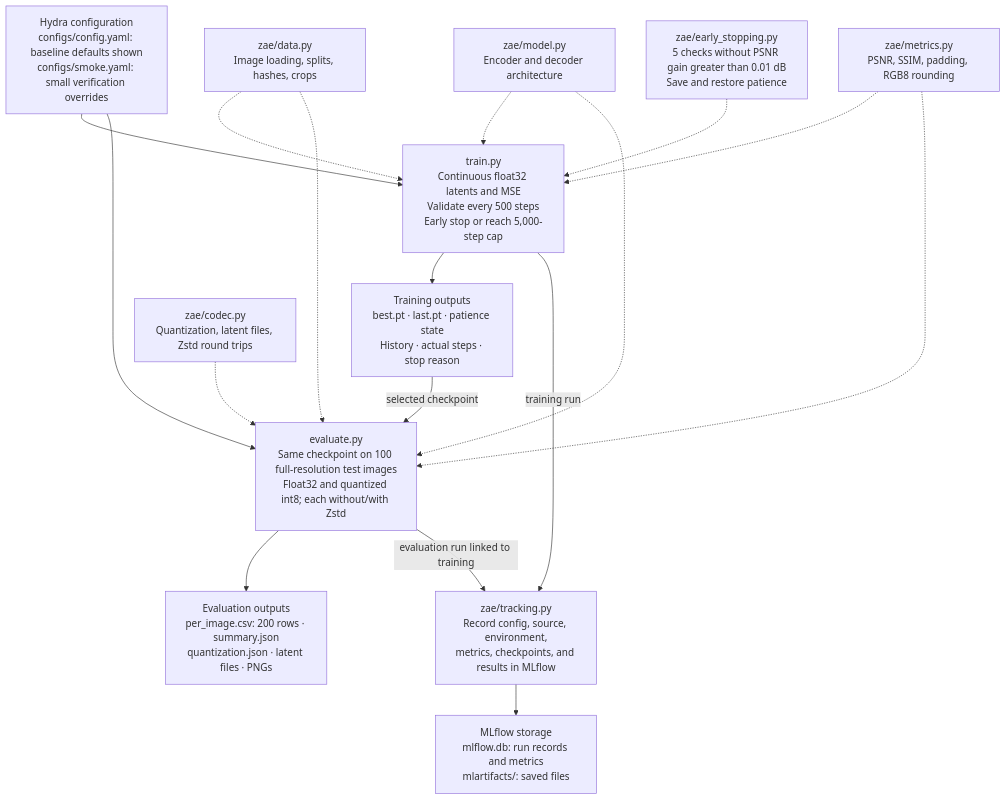
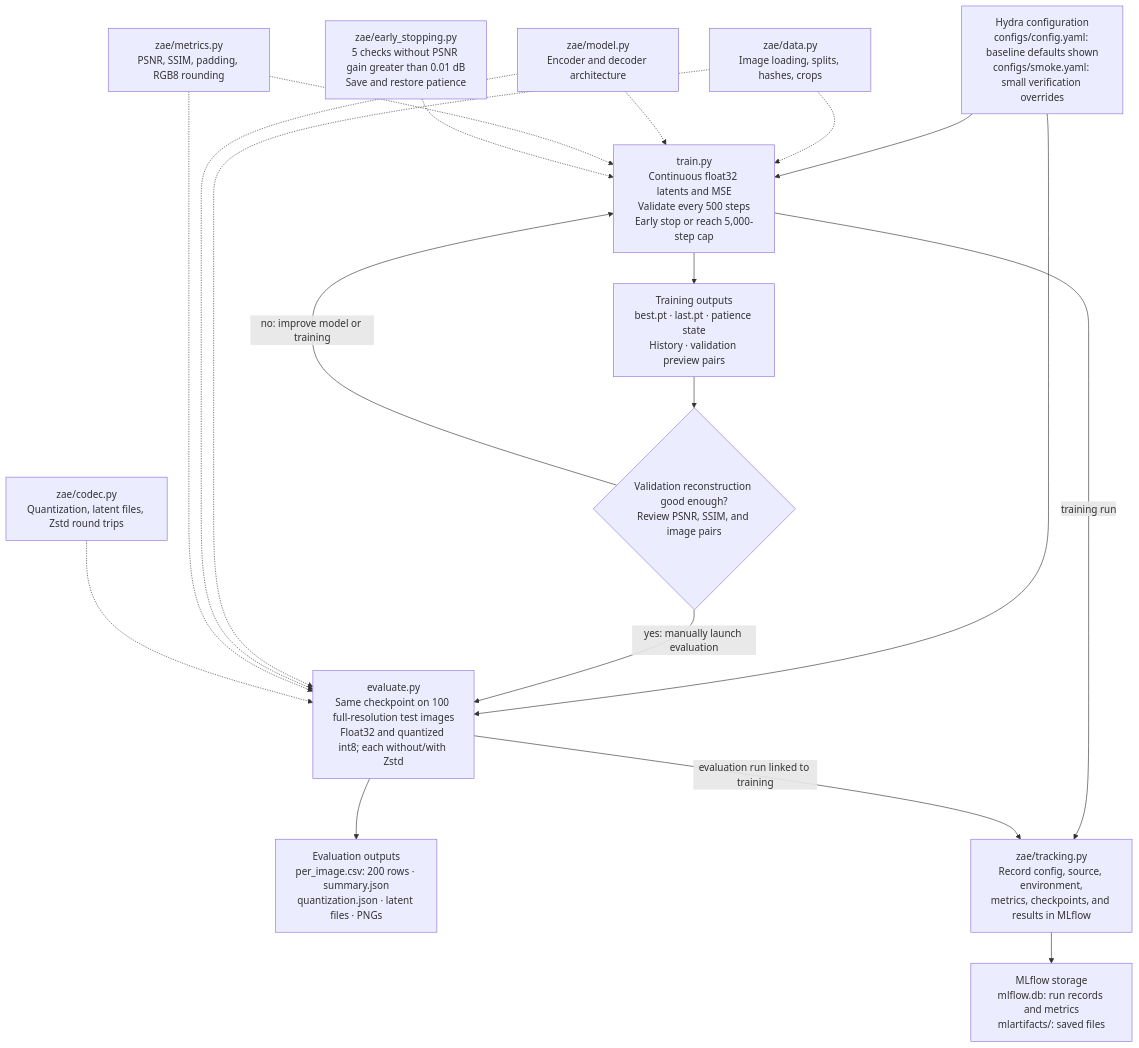
One commit to OussemaBenAmeur/Zstd-Optimized-Autoencoder changed the diagram in documentation/pipeline.mmd. Above: the diagram before and after it, drawn with Mermaid. The commit also changed 7 other files, not shown here.

```diff
--- a/documentation/pipeline.mmd
+++ b/documentation/pipeline.mmd
@@ -1,34 +1,37 @@
 flowchart TD
     CONFIG["Hydra configuration<br/>configs/config.yaml: baseline defaults shown<br/>configs/smoke.yaml: small verification overrides"]
     TRAIN["train.py<br/>Continuous float32 latents and MSE<br/>Validate every 500 steps<br/>Early stop or reach 5,000-step cap"]
-    CHECKPOINT["Training outputs<br/>best.pt · last.pt · patience state<br/>History · actual steps · stop reason"]
+    CHECKPOINT["Training outputs<br/>best.pt · last.pt · patience state<br/>History · validation preview pairs"]
+    REVIEW{"Validation reconstruction good enough?<br/>Review PSNR, SSIM, and image pairs"}
     EVAL["evaluate.py<br/>Same checkpoint on 100 full-resolution test images<br/>Float32 and quantized int8; each without/with Zstd"]
     RESULTS["Evaluation outputs<br/>per_image.csv: 200 rows · summary.json<br/>quantization.json · latent files · PNGs"]
 
     CONFIG --> TRAIN
     CONFIG --> EVAL
     TRAIN --> CHECKPOINT
-    CHECKPOINT -->|selected checkpoint| EVAL
+    CHECKPOINT --> REVIEW
+    REVIEW -->|yes: manually launch evaluation| EVAL
+    REVIEW -->|no: improve model or training| TRAIN
     EVAL --> RESULTS
 
     DATA["zae/data.py<br/>Image loading, splits, hashes, crops"]
     MODEL["zae/model.py<br/>Encoder and decoder architecture"]
     METRICS["zae/metrics.py<br/>PSNR, SSIM, padding, RGB8 rounding"]
     CODEC["zae/codec.py<br/>Quantization, latent files, Zstd round trips"]
     STOP["zae/early_stopping.py<br/>5 checks without PSNR gain greater than 0.01 dB<br/>Save and restore patience"]
 
     DATA -.-> TRAIN
     DATA -.-> EVAL
     MODEL -.-> TRAIN
     MODEL -.-> EVAL
     METRICS -.-> TRAIN
     METRICS -.-> EVAL
     CODEC -.-> EVAL
     STOP -.-> TRAIN
 
     TRACK["zae/tracking.py<br/>Record config, source, environment,<br/>metrics, checkpoints, and results in MLflow"]
     STORE["MLflow storage<br/>mlflow.db: run records and metrics<br/>mlartifacts/: saved files"]
 
     TRAIN -->|training run| TRACK
     EVAL -->|evaluation run linked to training| TRACK
     TRACK --> STORE
```
